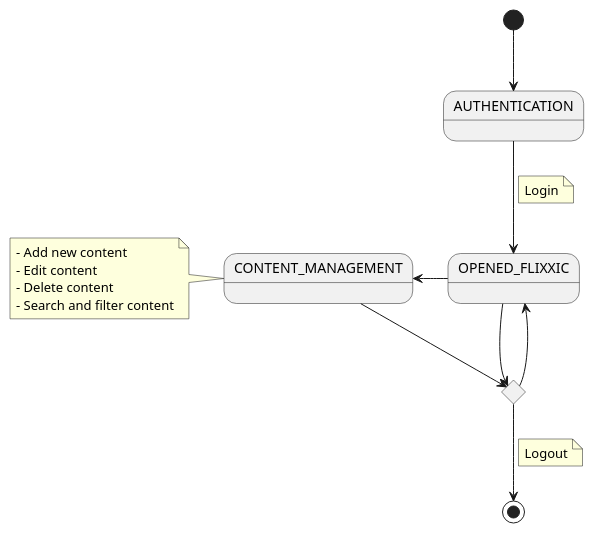
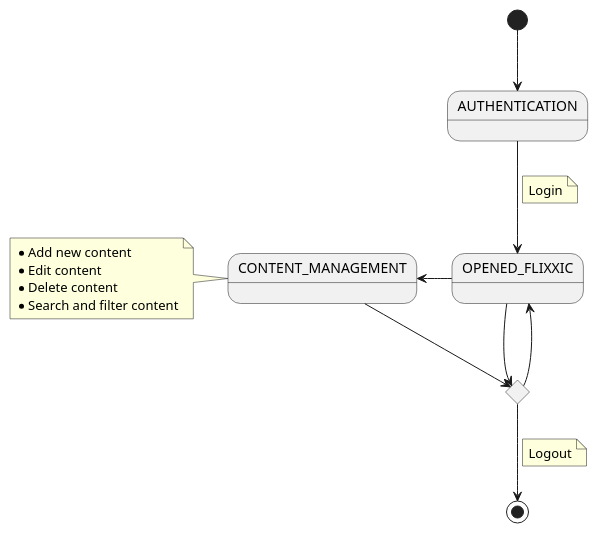
Before and after one commit to vfred0/requeriments-flixxic: the second of 2 diagrams in docs/1-requeriments/1-actors-use-cases/admin/use-cases-context.puml, drawn with PlantUML. The commit also changed 7 other files, not shown here.

```diff
--- a/docs/1-requeriments/1-actors-use-cases/admin/use-cases-context.puml
+++ b/docs/1-requeriments/1-actors-use-cases/admin/use-cases-context.puml
@@ -40,26 +40,26 @@
 @startuml use-cases-context-v2
 
 [*] --> AUTHENTICATION
 AUTHENTICATION --> OPENED_FLIXXIC
 note on link 
     Login
 end note
 
 OPENED_FLIXXIC -left-> CONTENT_MANAGEMENT
 note left    
-    - Add new content
-    - Edit content
-    - Delete content
-    - Search and filter content
+    * Add new content
+    * Edit content
+    * Delete content
+    * Search and filter content
 end note
 
 state continueManagement <<choice>>
 
 OPENED_FLIXXIC --> continueManagement
 CONTENT_MANAGEMENT --> continueManagement
 continueManagement --> OPENED_FLIXXIC
 continueManagement --> [*]
 note on link 
     Logout
 end note
 @enduml
```
